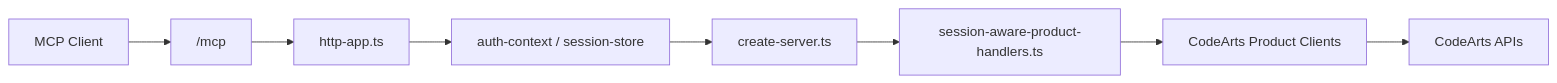
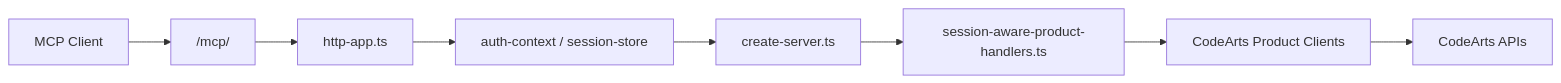
Before and after one commit to David-piex/codearts-mcp: the diagram in docs/wiki/Architecture-Deep-Dive.md, drawn with Mermaid. The commit also changed other lines of this file and 33 other files, not shown here.

````diff
--- a/docs/wiki/Architecture-Deep-Dive.md
+++ b/docs/wiki/Architecture-Deep-Dive.md
@@ -19,10 +19,10 @@
 ```mermaid
 graph LR
-    A["MCP Client"] --> B["/mcp"]
+    A["MCP Client"] --> B["/mcp/<family>"]
     B --> C["http-app.ts"]
     C --> D["auth-context / session-store"]
     D --> E["create-server.ts"]
     E --> F["session-aware-product-handlers.ts"]
     F --> G["CodeArts Product Clients"]
     G --> H["CodeArts APIs"]
 ```
````
